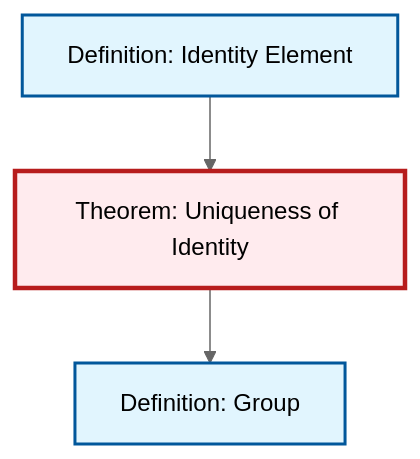
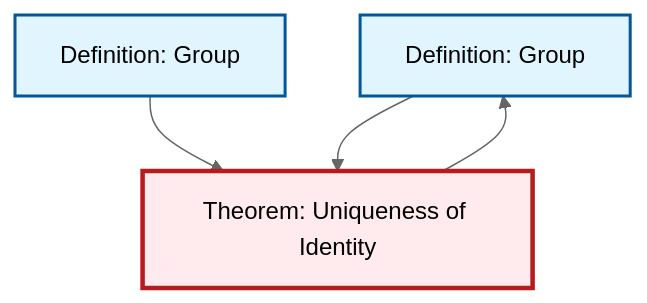
One commit to RK0429/ModernMath changed the diagram in content/en/algebra/thm-unique-identity.qmd. Above: the diagram before and after it, drawn with Mermaid (neutral theme). The commit also changed 511 other files, not shown here.

````diff
--- a/content/en/algebra/thm-unique-identity.qmd
+++ b/content/en/algebra/thm-unique-identity.qmd
@@ -54,18 +54,16 @@
 ```{mermaid}
 %%| fig-cap: "Local dependency graph"
 graph TD
     classDef definition fill:#e1f5fe,stroke:#01579b,stroke-width:2px
     classDef theorem fill:#f3e5f5,stroke:#4a148c,stroke-width:2px
     classDef axiom fill:#fff3e0,stroke:#e65100,stroke-width:2px
     classDef example fill:#e8f5e9,stroke:#1b5e20,stroke-width:2px
     classDef current fill:#ffebee,stroke:#b71c1c,stroke-width:3px
     def-group["Definition: Group"]:::definition
-    def-identity-element["Definition: Identity Element"]:::definition
     thm-unique-identity["Theorem: Uniqueness of Identity"]:::theorem
+    def-group-example["Definition: Group"]:::definition
+    def-group-example --> thm-unique-identity
     thm-unique-identity --> def-group
-    def-identity-element --> thm-unique-identity
+    def-group --> thm-unique-identity
     class thm-unique-identity current
-
-    click def-group "def-group.html" "Go to Group definition"
-    click def-identity-element "def-identity-element.html" "Go to Identity Element definition"
 ```
````
